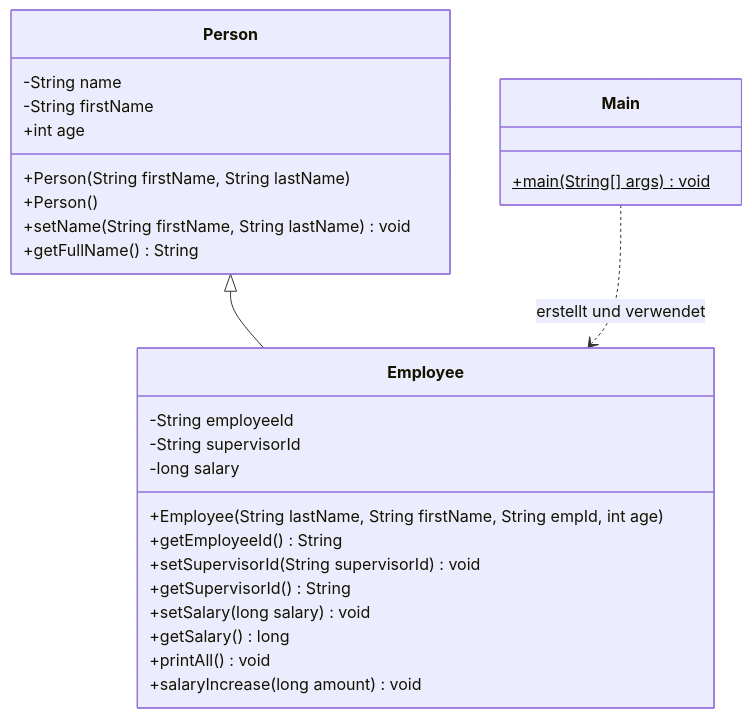
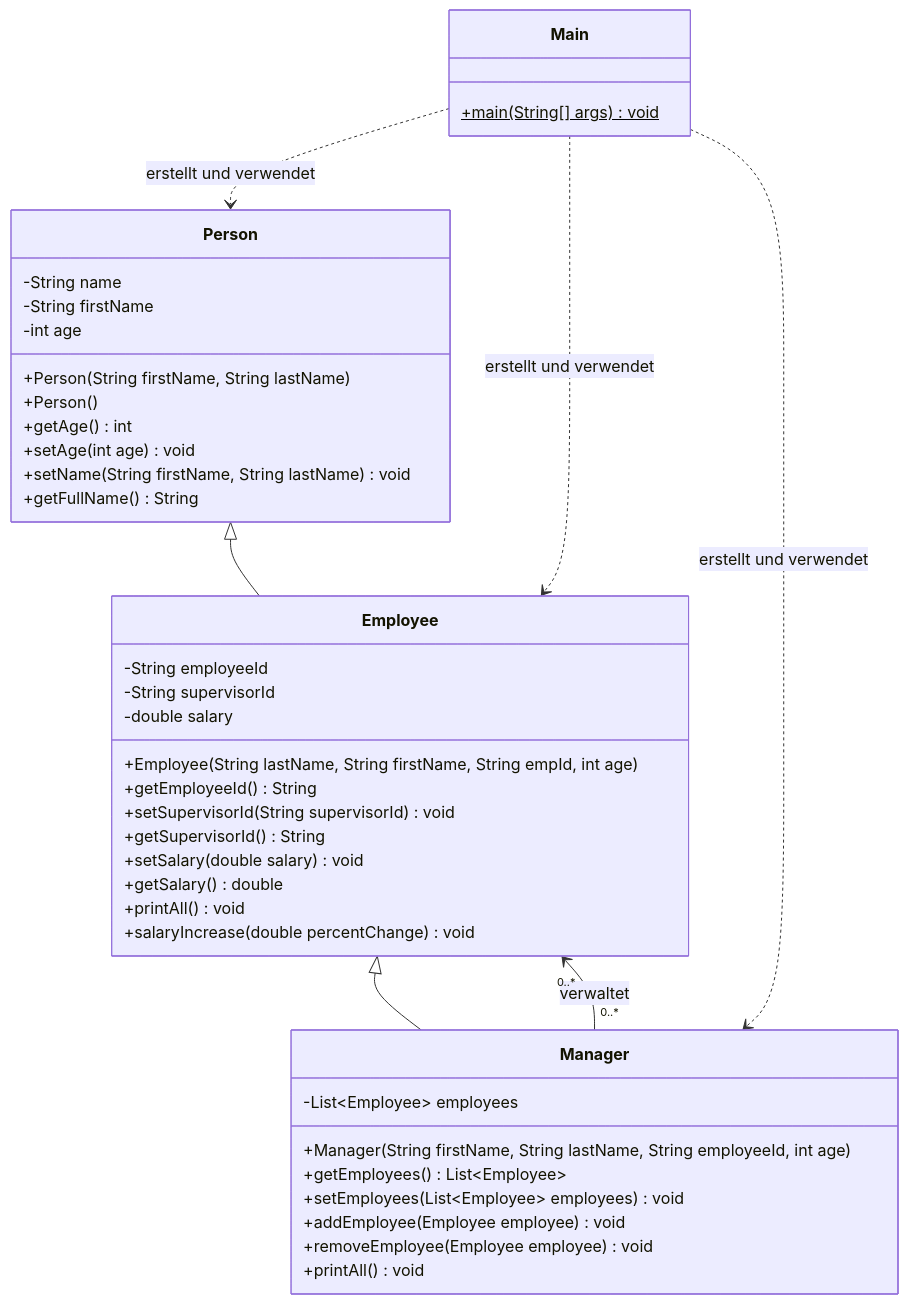
The diagram in README.md (JavaLaborBS/Vererbung), drawn with Mermaid before and after one commit.

Commit message:
CHANGE | Updated Mermaid in Readme

````diff
--- a/README.md
+++ b/README.md
@@ -15,33 +15,49 @@
 ```mermaid
 classDiagram
     class Person {
         -String name
         -String firstName
-        +int age
+        -int age
         +Person(String firstName, String lastName)
         +Person()
+        +getAge() int
+        +setAge(int age) void
         +setName(String firstName, String lastName) void
         +getFullName() String
     }
 
     class Employee {
         -String employeeId
         -String supervisorId
-        -long salary
+        -double salary
         +Employee(String lastName, String firstName, String empId, int age)
         +getEmployeeId() String
         +setSupervisorId(String supervisorId) void
         +getSupervisorId() String
-        +setSalary(long salary) void
-        +getSalary() long
+        +setSalary(double salary) void
+        +getSalary() double
         +printAll() void
-        +salaryIncrease(long amount) void
+        +salaryIncrease(double percentChange) void
+    }
+
+    class Manager {
+        -List~Employee~ employees
+        +Manager(String firstName, String lastName, String employeeId, int age)
+        +getEmployees() List~Employee~
+        +setEmployees(List~Employee~ employees) void
+        +addEmployee(Employee employee) void
+        +removeEmployee(Employee employee) void
+        +printAll() void
     }
 
     class Main {
-        +main(String[] args)$ void
+        +main(String[] args) void$
     }
 
     Person <|-- Employee
+    Employee <|-- Manager
+    Manager "0..*" --> "0..*" Employee : verwaltet
+    Main ..> Person : erstellt und verwendet
     Main ..> Employee : erstellt und verwendet
+    Main ..> Manager : erstellt und verwendet
 ```
````
